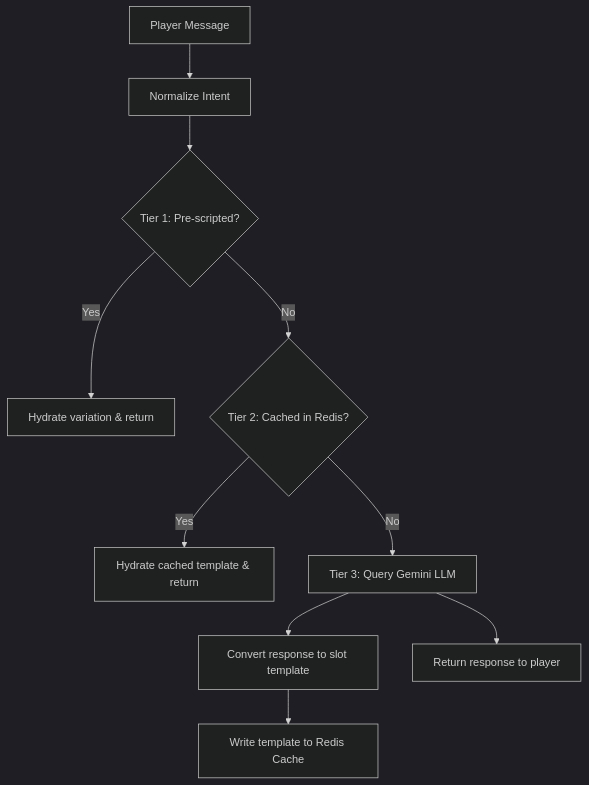
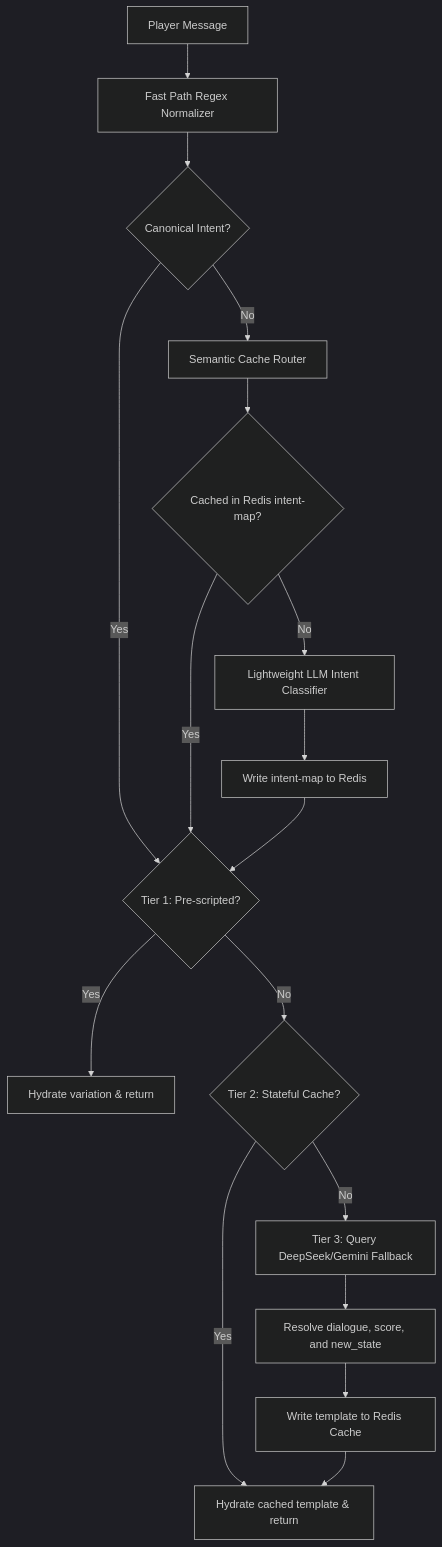
The diagram in .agents/CODEBASE.md (H3XoRuSH/console-911), drawn with Mermaid (dark theme) before and after one commit. The commit also changed other lines of this file and 21 other files, not shown here.

Commit message:
feat: stateful dispatcher loop, semantic caching, and local dev cache (#3)

````diff
--- a/.agents/CODEBASE.md
+++ b/.agents/CODEBASE.md
@@ -11,12 +11,19 @@
 ```mermaid
 graph TD
-    A[Player Message] --> B[Normalize Intent]
-    B --> C{Tier 1: Pre-scripted?}
-    C -- Yes --> D[Hydrate variation & return]
-    C -- No --> E{Tier 2: Cached in Redis?}
-    E -- Yes --> F[Hydrate cached template & return]
-    E -- No --> G[Tier 3: Query Gemini LLM]
-    G --> H[Convert response to slot template]
-    H --> I[Write template to Redis Cache]
-    G --> J[Return response to player]
+    A[Player Message] --> B[Fast Path Regex Normalizer]
+    B --> C{Canonical Intent?}
+    C -- Yes --> D{Tier 1: Pre-scripted?}
+    C -- No --> E[Semantic Cache Router]
+    E --> F{Cached in Redis intent-map?}
+    F -- Yes --> D
+    F -- No --> G[Lightweight LLM Intent Classifier]
+    G --> H[Write intent-map to Redis]
+    H --> D
+    D -- Yes --> I[Hydrate variation & return]
+    D -- No --> J{Tier 2: Stateful Cache?}
+    J -- Yes --> K[Hydrate cached template & return]
+    J -- No --> L[Tier 3: Query DeepSeek/Gemini Fallback]
+    L --> M[Resolve dialogue, score, and new_state]
+    M --> N[Write template to Redis Cache]
+    N --> K
 ```
````
